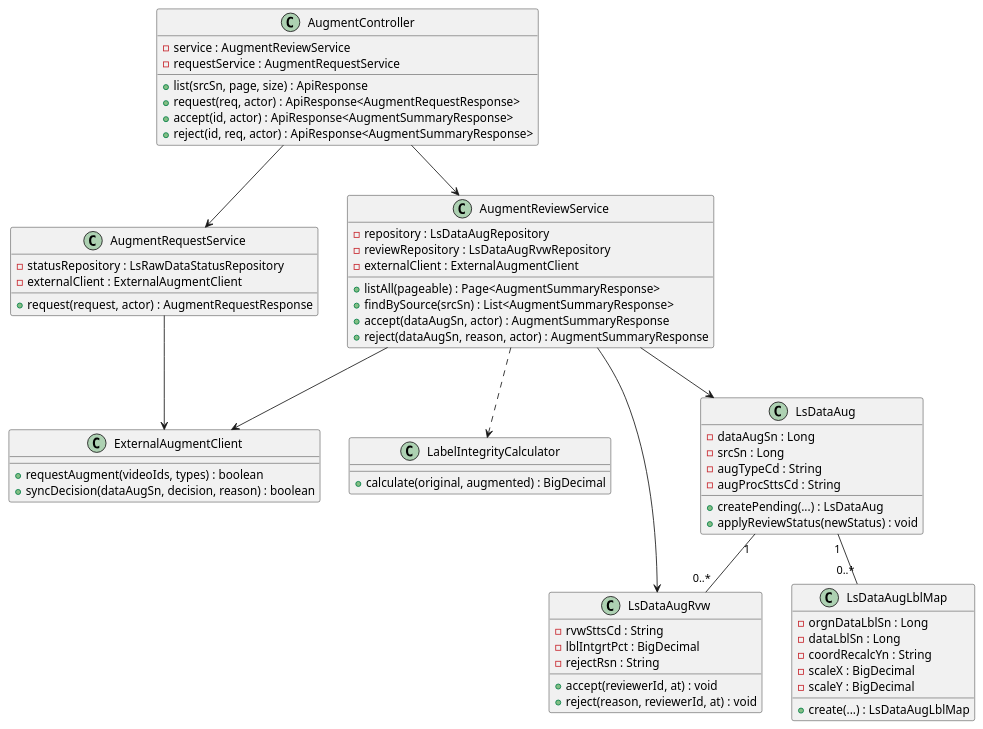
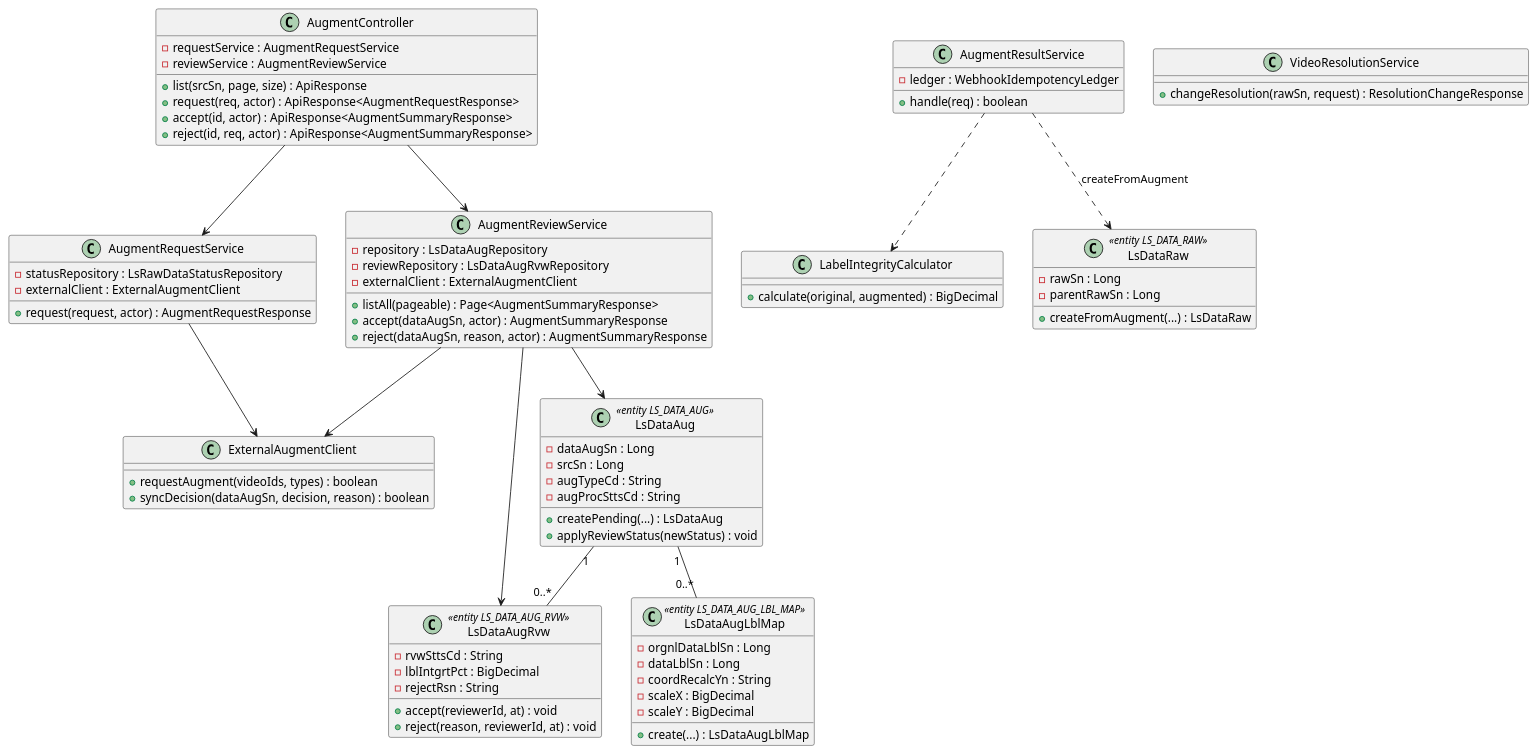
One commit to New-stella/klid-label changed diagram 14 of 18 in docs/design/D1-클래스설계서.md. Above: the diagram before and after it, drawn with PlantUML. The commit also changed other lines of this file and 36 other files, not shown here.

````diff
--- a/docs/design/D1-클래스설계서.md
+++ b/docs/design/D1-클래스설계서.md
@@ -344,66 +691,78 @@
 ```plantuml
 @startuml
 class AugmentController {
-  - service : AugmentReviewService
   - requestService : AugmentRequestService
+  - reviewService : AugmentReviewService
   + list(srcSn, page, size) : ApiResponse
   + request(req, actor) : ApiResponse<AugmentRequestResponse>
   + accept(id, actor) : ApiResponse<AugmentSummaryResponse>
   + reject(id, req, actor) : ApiResponse<AugmentSummaryResponse>
 }
 class AugmentRequestService {
   - statusRepository : LsRawDataStatusRepository
   - externalClient : ExternalAugmentClient
   + request(request, actor) : AugmentRequestResponse
 }
 class AugmentReviewService {
   - repository : LsDataAugRepository
   - reviewRepository : LsDataAugRvwRepository
   - externalClient : ExternalAugmentClient
   + listAll(pageable) : Page<AugmentSummaryResponse>
-  + findBySource(srcSn) : List<AugmentSummaryResponse>
   + accept(dataAugSn, actor) : AugmentSummaryResponse
   + reject(dataAugSn, reason, actor) : AugmentSummaryResponse
 }
+class AugmentResultService {
+  - ledger : WebhookIdempotencyLedger
+  + handle(req) : boolean
+}
 class LabelIntegrityCalculator {
   + calculate(original, augmented) : BigDecimal
+}
+class VideoResolutionService {
+  + changeResolution(rawSn, request) : ResolutionChangeResponse
 }
 class ExternalAugmentClient {
   + requestAugment(videoIds, types) : boolean
   + syncDecision(dataAugSn, decision, reason) : boolean
 }
-class LsDataAug {
+class LsDataAug <<entity LS_DATA_AUG>> {
   - dataAugSn : Long
   - srcSn : Long
   - augTypeCd : String
   - augProcSttsCd : String
   + createPending(...) : LsDataAug
   + applyReviewStatus(newStatus) : void
 }
-class LsDataAugRvw {
+class LsDataAugRvw <<entity LS_DATA_AUG_RVW>> {
   - rvwSttsCd : String
   - lblIntgrtPct : BigDecimal
   - rejectRsn : String
   + accept(reviewerId, at) : void
   + reject(reason, reviewerId, at) : void
 }
-class LsDataAugLblMap {
-  - orgnDataLblSn : Long
+class LsDataAugLblMap <<entity LS_DATA_AUG_LBL_MAP>> {
+  - orgnlDataLblSn : Long
   - dataLblSn : Long
   - coordRecalcYn : String
   - scaleX : BigDecimal
   - scaleY : BigDecimal
   + create(...) : LsDataAugLblMap
+}
+class LsDataRaw <<entity LS_DATA_RAW>> {
+  - rawSn : Long
+  - parentRawSn : Long
+  + createFromAugment(...) : LsDataRaw
 }
 
 AugmentController --> AugmentRequestService
 AugmentController --> AugmentReviewService
 AugmentRequestService --> ExternalAugmentClient
 AugmentReviewService --> ExternalAugmentClient
 AugmentReviewService --> LsDataAug
 AugmentReviewService --> LsDataAugRvw
-AugmentReviewService ..> LabelIntegrityCalculator
+AugmentResultService ..> LsDataRaw : createFromAugment
+AugmentResultService ..> LabelIntegrityCalculator
 LsDataAug "1" -- "0..*" LsDataAugLblMap
 LsDataAug "1" -- "0..*" LsDataAugRvw
 @enduml
 ```
````
